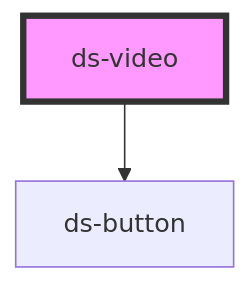
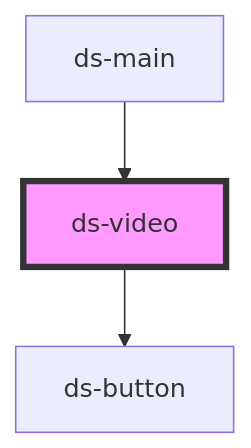
The diagram in src/components/ui/video/readme.md (jezoock/dot-stash), drawn with Mermaid before and after one commit. The commit also changed other lines of this file and 104 other files, not shown here.

````diff
--- a/src/components/ui/video/readme.md
+++ b/src/components/ui/video/readme.md
@@ -79,5 +83,6 @@
 ```mermaid
 graph TD;
   ds-video --> ds-button
+  ds-main --> ds-video
   style ds-video fill:#f9f,stroke:#333,stroke-width:4px
 ```
````
